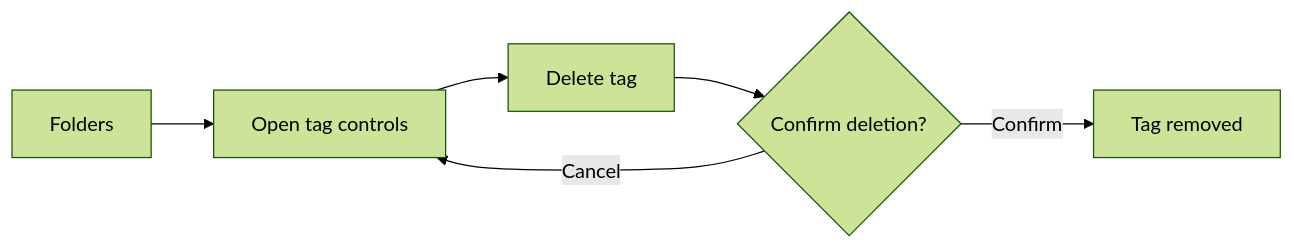
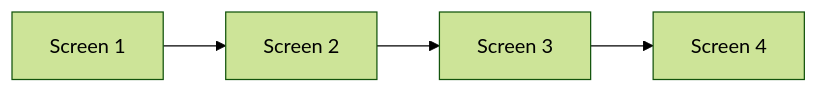
The diagram in docs/apple-notes/flows/deleting-a-tag/README.md (Dev-Corgi/Notes-Clone), drawn with Mermaid (forest theme) before and after one commit. The commit also changed other lines of this file and 48 other files, not shown here.

Commit message:
docs: verify folder and tag flows

````diff
--- a/docs/apple-notes/flows/deleting-a-tag/README.md
+++ b/docs/apple-notes/flows/deleting-a-tag/README.md
@@ -11,8 +10,10 @@
 ```mermaid
 flowchart LR
-  A[Folders] --> B[Open tag controls]
-  B --> C[Delete tag]
-  C --> D{Confirm deletion?}
-  D -->|Cancel| B
-  D -->|Confirm| E[Tag removed]
+  S1[Screen 1]
+  S2[Screen 2]
+  S3[Screen 3]
+  S4[Screen 4]
+  S1 --> S2
+  S2 --> S3
+  S3 --> S4
 ```
````
